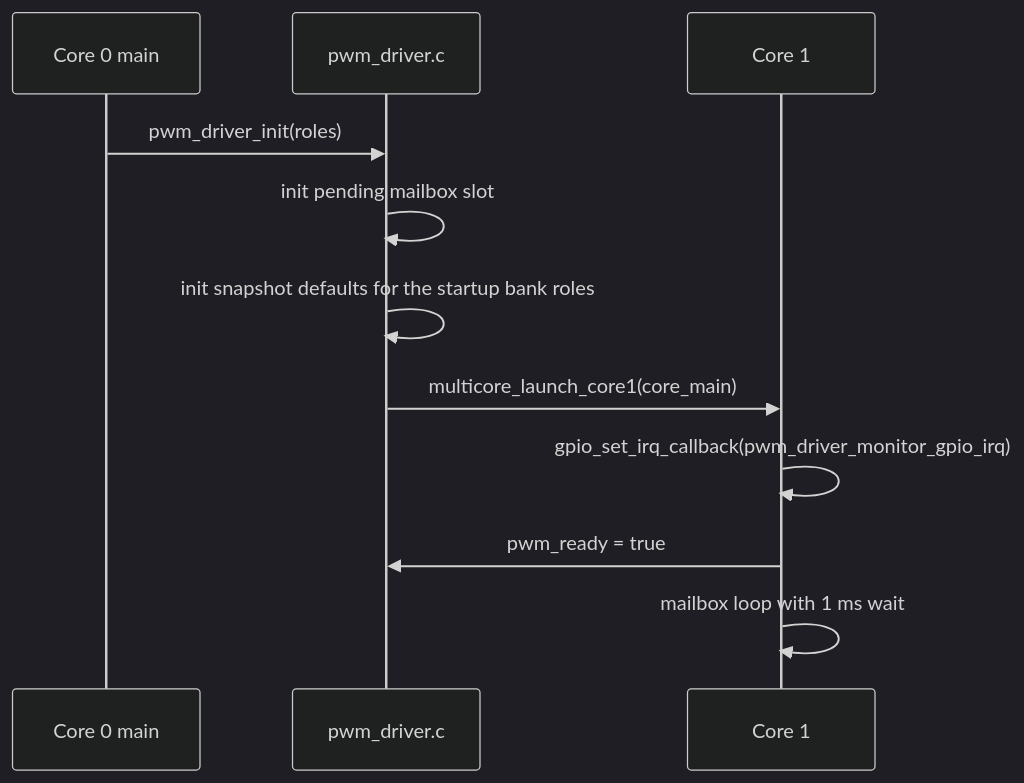
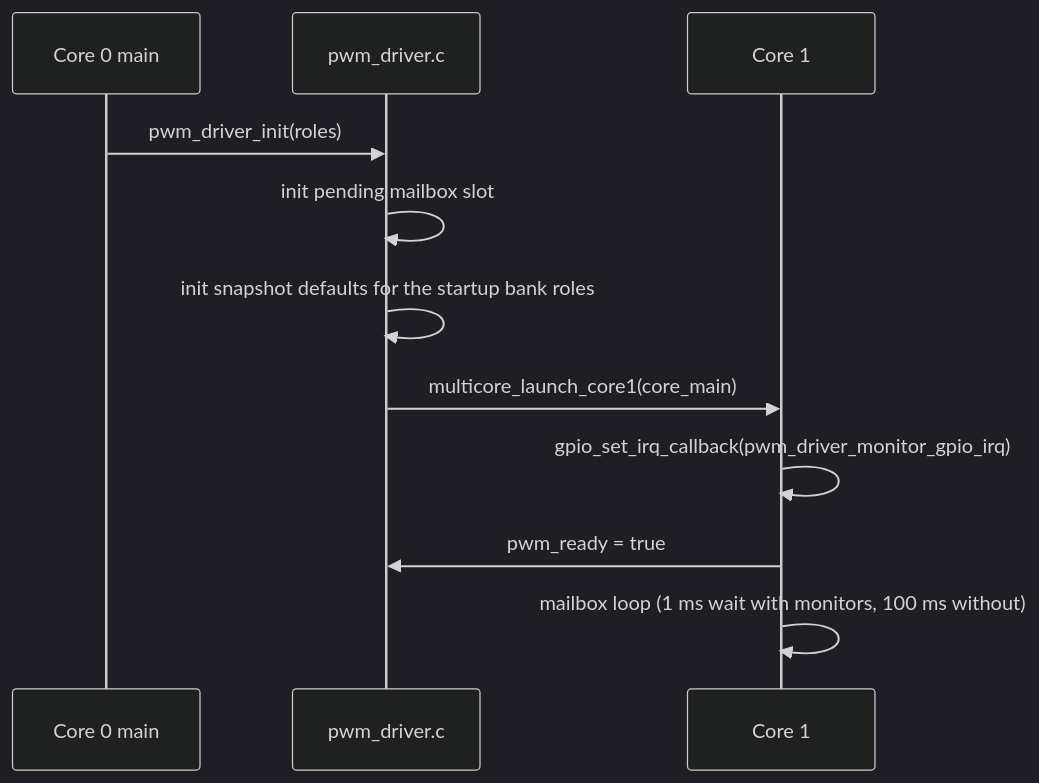
Before and after one commit to djwinter29-oss/PicoPWM: the third of 7 diagrams in docs/design/pwm_driver_design.md, drawn with Mermaid (dark theme). The commit also changed other lines of this file and 36 other files, not shown here.

````diff
--- a/docs/design/pwm_driver_design.md
+++ b/docs/design/pwm_driver_design.md
@@ -281,14 +281,14 @@
 ```mermaid
 sequenceDiagram
     participant C0 as Core 0 main
     participant WR as pwm_driver.c
     participant C1 as Core 1
 
     C0->>WR: pwm_driver_init(roles)
     WR->>WR: init pending mailbox slot
     WR->>WR: init snapshot defaults for the startup bank roles
     WR->>C1: multicore_launch_core1(core_main)
     C1->>C1: gpio_set_irq_callback(pwm_driver_monitor_gpio_irq)
     C1->>WR: pwm_ready = true
-    C1->>C1: mailbox loop with 1 ms wait
+    C1->>C1: mailbox loop (1 ms wait with monitors, 100 ms without)
 ```
````
